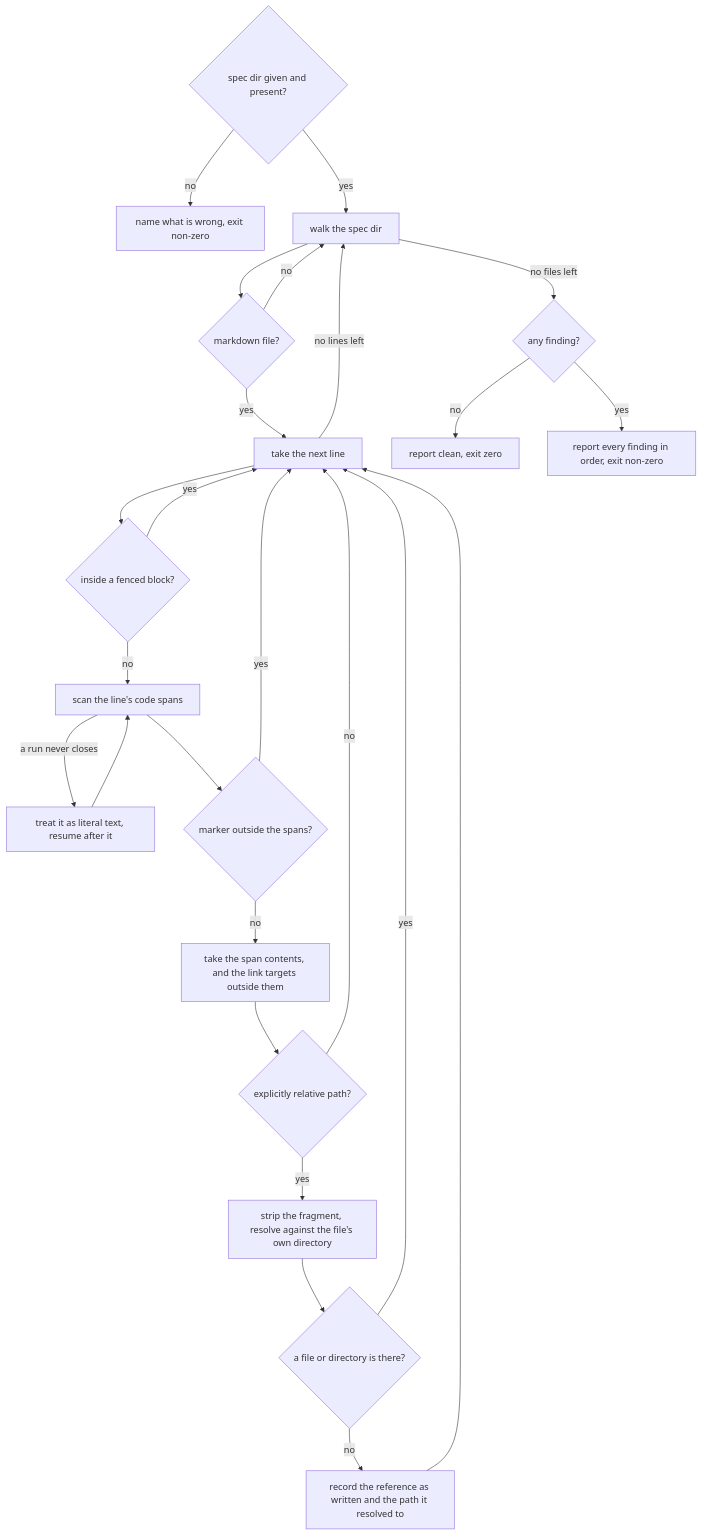
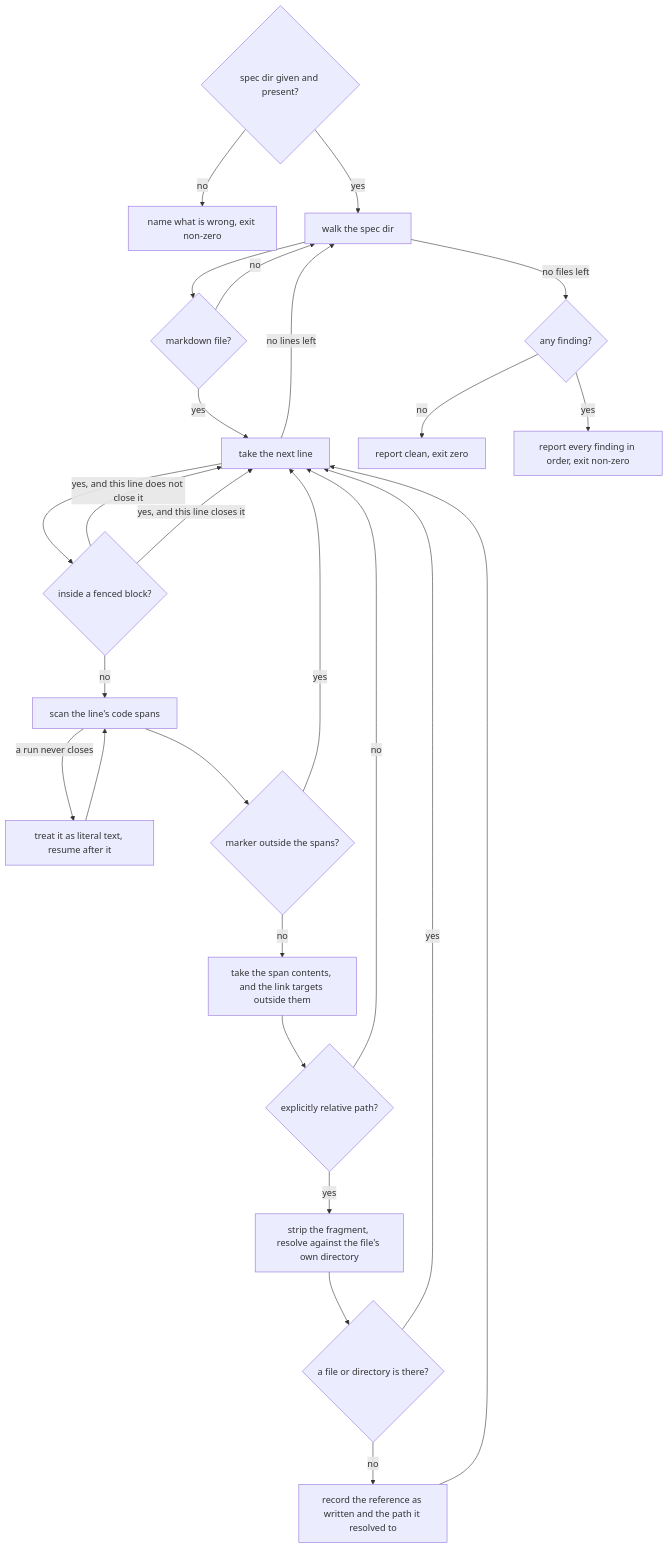
Before and after one commit to cyberuni/cyber-sdd: the diagram in .agents/specs/sdd/project-spec/check-spec-references/README.md, drawn with Mermaid. The commit also changed other lines of this file and 4 other files, not shown here.

````diff
--- a/.agents/specs/sdd/project-spec/check-spec-references/README.md
+++ b/.agents/specs/sdd/project-spec/check-spec-references/README.md
@@ -114,27 +121,28 @@
 ```mermaid
 flowchart TD
   X{spec dir given and present?} -->|no| Y[name what is wrong, exit non-zero]
   X -->|yes| A[walk the spec dir]
   A --> B{markdown file?}
   B -->|no| A
   B -->|yes| C[take the next line]
   C --> D{inside a fenced block?}
-  D -->|yes| C
+  D -->|yes, and this line does not close it| C
+  D -->|yes, and this line closes it| C
   D -->|no| F[scan the line's code spans]
   F -->|a run never closes| F2[treat it as literal text, resume after it]
   F2 --> F
   F --> E{marker outside the spans?}
   E -->|yes| C
   E -->|no| H[take the span contents, and the link targets outside them]
   H --> G{explicitly relative path?}
   G -->|no| C
   G -->|yes| I[strip the fragment, resolve against the file's own directory]
   I --> J{a file or directory is there?}
   J -->|yes| C
   J -->|no| K[record the reference as written and the path it resolved to]
   K --> C
   C -->|no lines left| A
   A -->|no files left| L{any finding?}
   L -->|no| M[report clean, exit zero]
   L -->|yes| N[report every finding in order, exit non-zero]
 ```
````
